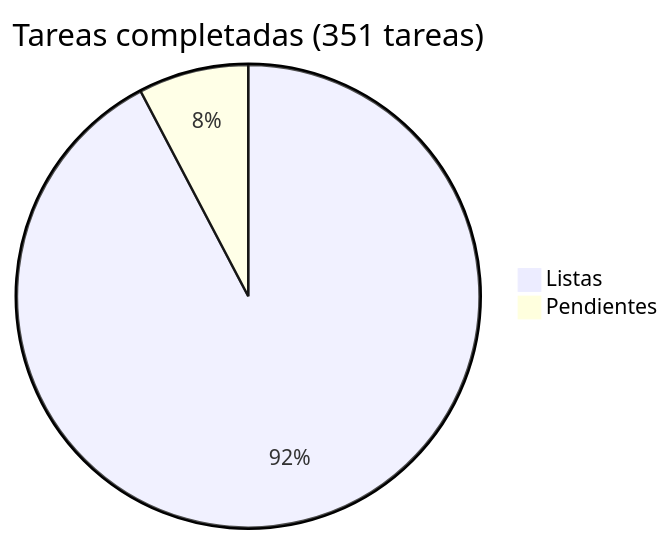
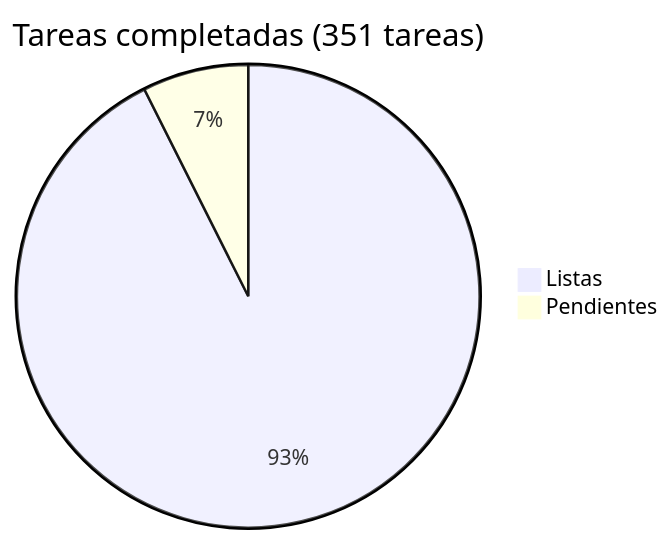
Before and after one commit to araguaney-lat/araguaney: the diagram in docs/roadmap/README.md, drawn with Mermaid. The commit also changed other lines of this file and 3 other files, not shown here.

````diff
--- a/docs/roadmap/README.md
+++ b/docs/roadmap/README.md
@@ -5,5 +5,5 @@
 ```mermaid
 pie title Tareas completadas (351 tareas)
-    "Listas" : 324
-    "Pendientes" : 27
+    "Listas" : 325
+    "Pendientes" : 26
 ```
````
